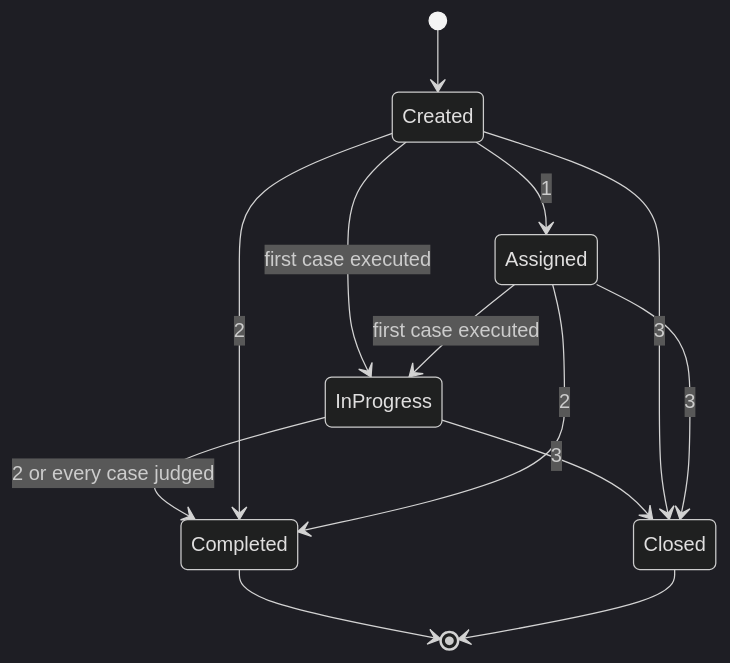
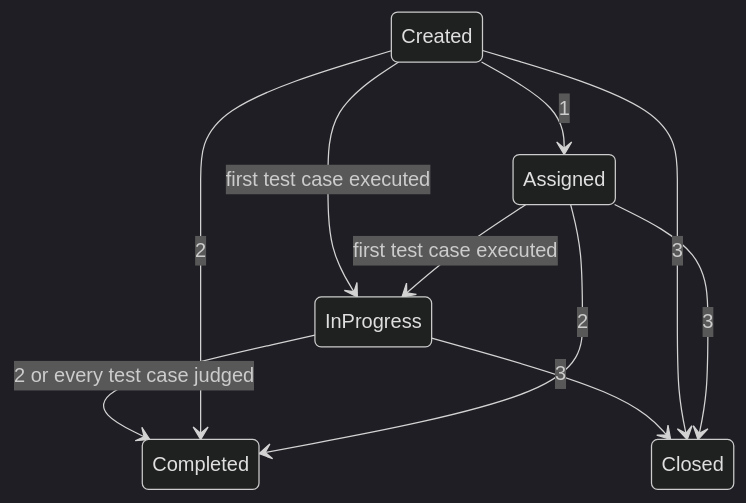
Before and after one commit to mtb550/test-in: the second of 2 diagrams in docs/product.md, drawn with Mermaid (dark theme). The commit also changed other lines of this file and 110 other files, not shown here.

````diff
--- a/docs/product.md
+++ b/docs/product.md
@@ -272,15 +271,12 @@
 ```mermaid
 stateDiagram-v2
-    [*] --> Created
     Created --> Assigned: 1
-    Created --> InProgress: first case executed
-    Assigned --> InProgress: first case executed
-    InProgress --> Completed: 2 or every case judged
+    Created --> InProgress: first test case executed
+    Assigned --> InProgress: first test case executed
+    InProgress --> Completed: 2 or every test case judged
     InProgress --> Closed: 3
     Created --> Completed: 2
     Created --> Closed: 3
     Assigned --> Completed: 2
     Assigned --> Closed: 3
-    Completed --> [*]
-    Closed --> [*]
 ```
````
